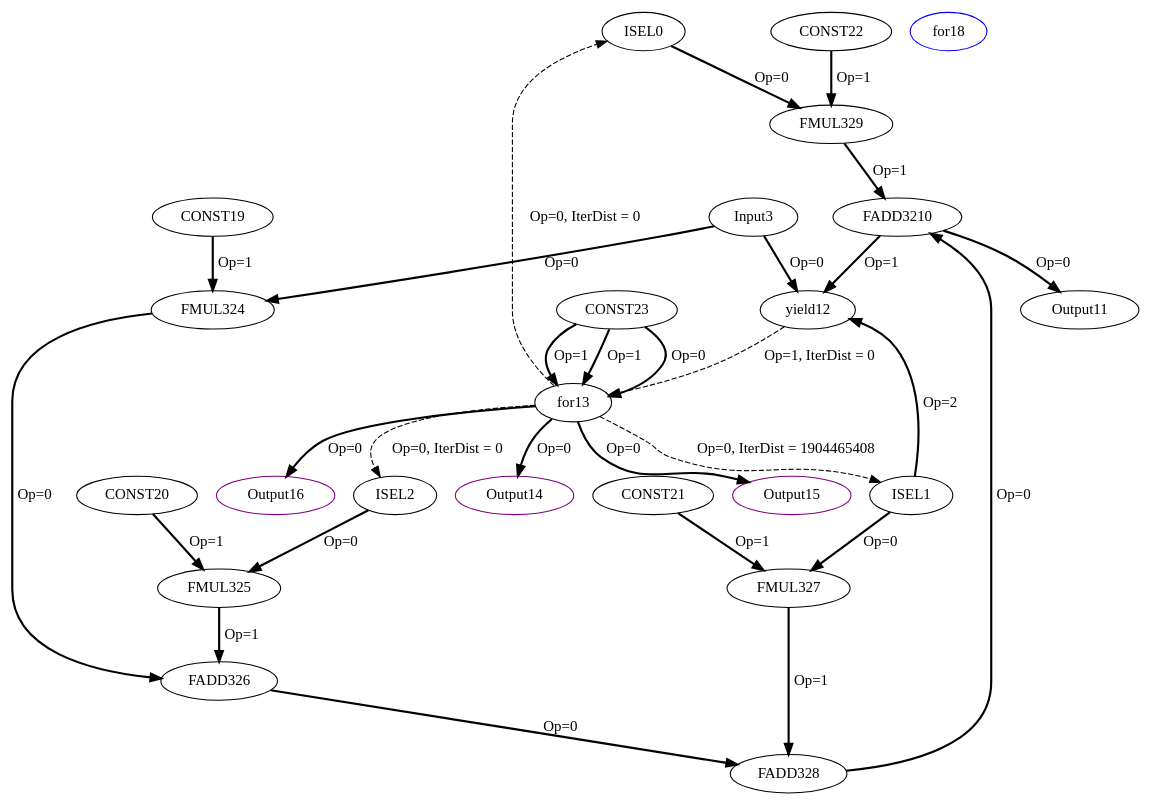
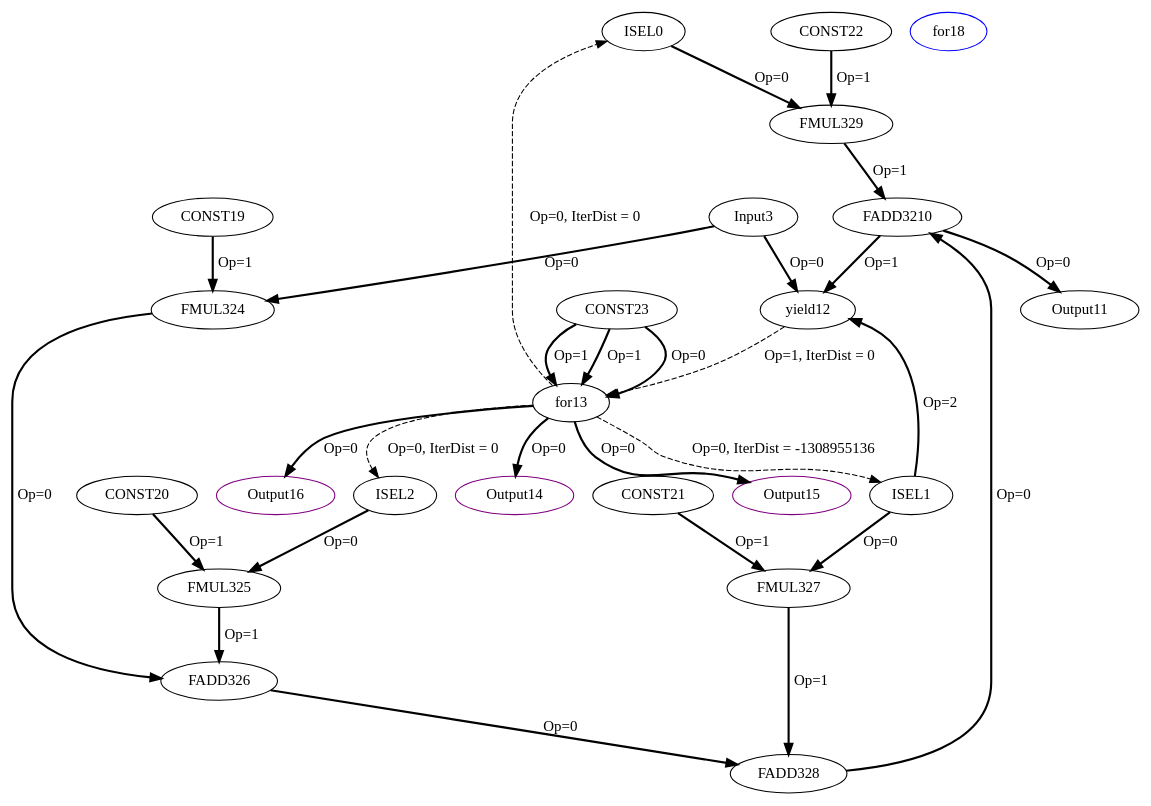
One commit to MIONkb/adora-compiler changed the diagram in experiment/Cbenchmarks/Polybench/medley/deriche/deriche_mini/IR/tempfiles/kernel_deriche_0_1_CDFG.dot. Above: the diagram before and after it, drawn with Graphviz. The commit also changed 11 other files, not shown here.

```diff
--- a/experiment/Cbenchmarks/Polybench/medley/deriche/deriche_mini/IR/tempfiles/kernel_deriche_0_1_CDFG.dot
+++ b/experiment/Cbenchmarks/Polybench/medley/deriche/deriche_mini/IR/tempfiles/kernel_deriche_0_1_CDFG.dot
@@ -1,53 +1,53 @@
 Digraph G {
 ISEL0[opcode = "ISEL", color = black];
 ISEL1[opcode = "ISEL", color = black];
 ISEL2[opcode = "ISEL", color = black];
 Input3[opcode = "Input", ref_name="kernel_deriche_0_0", size="8192", offset="0,0", pattern="4,64,4,32", color = black];
 FMUL324[opcode = "FMUL32", color = black];
 FMUL325[opcode = "FMUL32", color = black];
 FADD326[opcode = "FADD32", color = black];
 FMUL327[opcode = "FMUL32", color = black];
 FADD328[opcode = "FADD32", color = black];
 FMUL329[opcode = "FMUL32", color = black];
 FADD3210[opcode = "FADD32", color = black];
 Output11[opcode = "Output", ref_name="kernel_deriche_0_1", size="8192", offset="0,0", pattern="4,64,4,32", color = black];
 yield12[opcode = "yield", color = black];
 for13[opcode = "for", color = black];
 Output14[opcode = "Output", ref_name="kernel_deriche_0_3", size="8", offset="0,0", pattern="0,64,0,32", color = purple];
 Output15[opcode = "Output", ref_name="kernel_deriche_0_4", size="8", offset="0,0", pattern="0,64,0,32", color = purple];
 Output16[opcode = "Output", ref_name="kernel_deriche_0_2", size="8", offset="0,0", pattern="0,64,0,32", color = purple];
 for18[opcode = "for", color = blue];
 CONST19[opcode = "CONST", value="0xBE4135C4", color = black];
 CONST20[opcode = "CONST", value="0x3DE1B54C", color = black];
 CONST21[opcode = "CONST", value="0x3F5744FD", color = black];
 CONST22[opcode = "CONST", value="0xBF1B4598", color = black];
 CONST23[opcode = "CONST", value="0x00000000", color = black];
 for13 -> ISEL0[color = black, style = dashed, operand = 0, iterdist = 0, label = "Op=0, IterDist = 0"];
-for13 -> ISEL1[color = black, style = dashed, operand = 0, iterdist = 1904465408, label = "Op=0, IterDist = 1904465408"];
+for13 -> ISEL1[color = black, style = dashed, operand = 0, iterdist = -1308955136, label = "Op=0, IterDist = -1308955136"];
 for13 -> ISEL2[color = black, style = dashed, operand = 0, iterdist = 0, label = "Op=0, IterDist = 0"];
 Input3 -> FMUL324[color = black, style = bold, operand = 0, label = "Op=0"];
 CONST19 -> FMUL324[color = black, style = bold, operand = 1, label = "Op=1"];
 ISEL2 -> FMUL325[color = black, style = bold, operand = 0, label = "Op=0"];
 CONST20 -> FMUL325[color = black, style = bold, operand = 1, label = "Op=1"];
 FMUL324 -> FADD326[color = black, style = bold, operand = 0, label = "Op=0"];
 FMUL325 -> FADD326[color = black, style = bold, operand = 1, label = "Op=1"];
 ISEL1 -> FMUL327[color = black, style = bold, operand = 0, label = "Op=0"];
 CONST21 -> FMUL327[color = black, style = bold, operand = 1, label = "Op=1"];
 FADD326 -> FADD328[color = black, style = bold, operand = 0, label = "Op=0"];
 FMUL327 -> FADD328[color = black, style = bold, operand = 1, label = "Op=1"];
 ISEL0 -> FMUL329[color = black, style = bold, operand = 0, label = "Op=0"];
 CONST22 -> FMUL329[color = black, style = bold, operand = 1, label = "Op=1"];
 FADD328 -> FADD3210[color = black, style = bold, operand = 0, label = "Op=0"];
 FMUL329 -> FADD3210[color = black, style = bold, operand = 1, label = "Op=1"];
 FADD3210 -> Output11[color = black, style = bold, operand = 0, label = "Op=0"];
 Input3 -> yield12[color = black, style = bold, operand = 0, label = "Op=0"];
 FADD3210 -> yield12[color = black, style = bold, operand = 1, label = "Op=1"];
 ISEL1 -> yield12[color = black, style = bold, operand = 2, label = "Op=2"];
 CONST23 -> for13[color = black, style = bold, operand = 0, label = "Op=0"];
 CONST23 -> for13[color = black, style = bold, operand = 1, label = "Op=1"];
 CONST23 -> for13[color = black, style = bold, operand = 1, label = "Op=1"];
 for13 -> Output14[color = black, style = bold, operand = 0, label = "Op=0"];
 for13 -> Output15[color = black, style = bold, operand = 0, label = "Op=0"];
 for13 -> Output16[color = black, style = bold, operand = 0, label = "Op=0"];
 yield12 -> for13[color = black, style = dashed, operand = 1, iterdist = 0, label = "Op=1, IterDist = 0"];
 }
```
